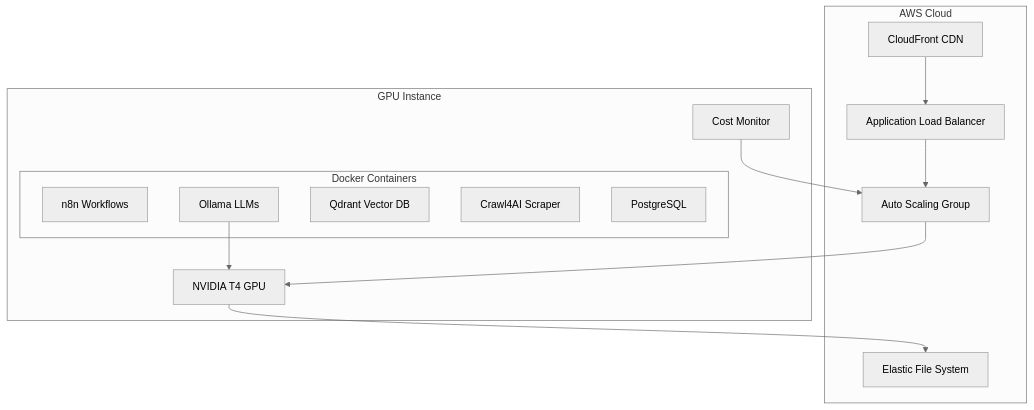
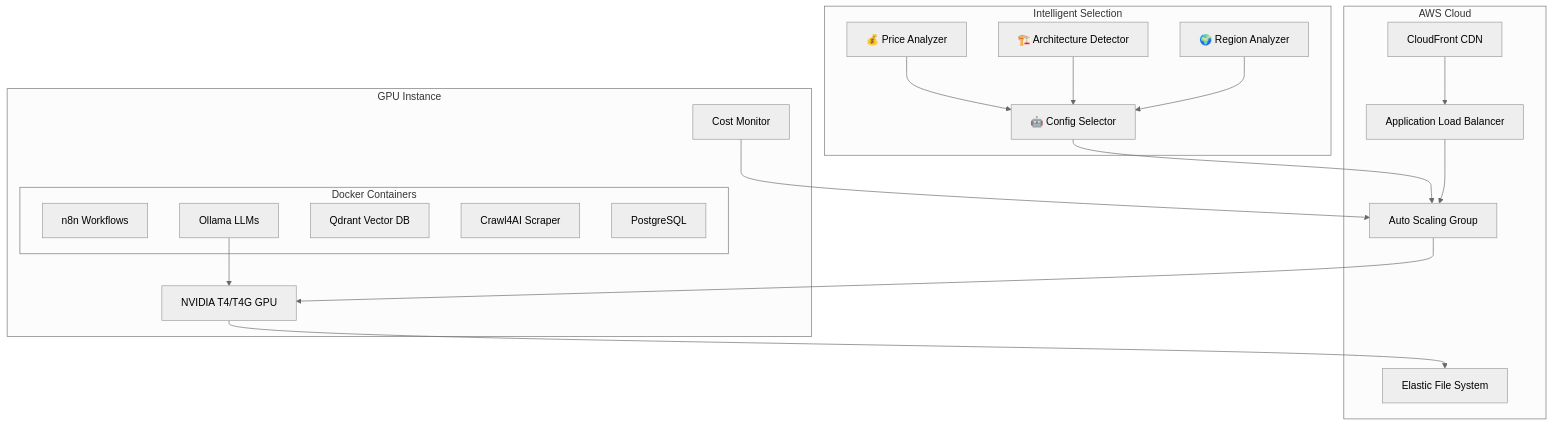
The diagram in README.md (n8n-io/self-hosted-ai-starter-kit), drawn with Mermaid (neutral theme) before and after one commit. The commit also changed other lines of this file and 8 other files, not shown here.

First line of the commit message:
Enhance README and AWS deployment scripts for intelligent GPU deployment

````diff
--- a/README.md
+++ b/README.md
@@ -44,29 +88,40 @@
 ```mermaid
 graph TB
     subgraph "AWS Cloud"
         CF[CloudFront CDN]
         ALB[Application Load Balancer]
         ASG[Auto Scaling Group]
         EFS[Elastic File System]
+    end
+    
+    subgraph "Intelligent Selection"
+        SELECTOR[🤖 Config Selector]
+        PRICING[💰 Price Analyzer]
+        ARCH[🏗️ Architecture Detector]
+        REGION[🌍 Region Analyzer]
     end
     
     subgraph "GPU Instance"
         subgraph "Docker Containers"
             N8N[n8n Workflows]
             OLLAMA[Ollama LLMs]
             QDRANT[Qdrant Vector DB]
             CRAWL4AI[Crawl4AI Scraper]
             POSTGRES[PostgreSQL]
         end
         
-        GPU[NVIDIA T4 GPU]
+        GPU[NVIDIA T4/T4G GPU]
         MONITOR[Cost Monitor]
     end
     
+    SELECTOR --> ASG
+    PRICING --> SELECTOR
+    ARCH --> SELECTOR
+    REGION --> SELECTOR
     CF --> ALB
     ALB --> ASG
     ASG --> GPU
     GPU --> EFS
     OLLAMA --> GPU
     MONITOR --> ASG
 ```
````
